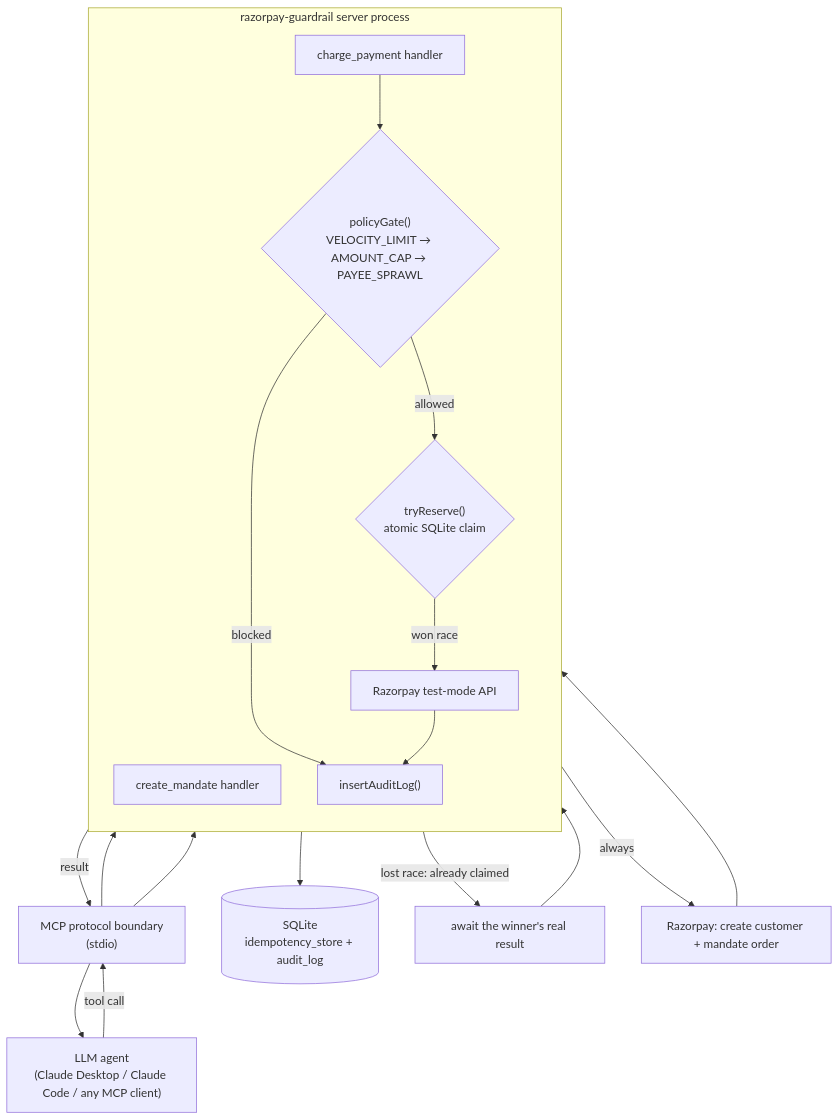
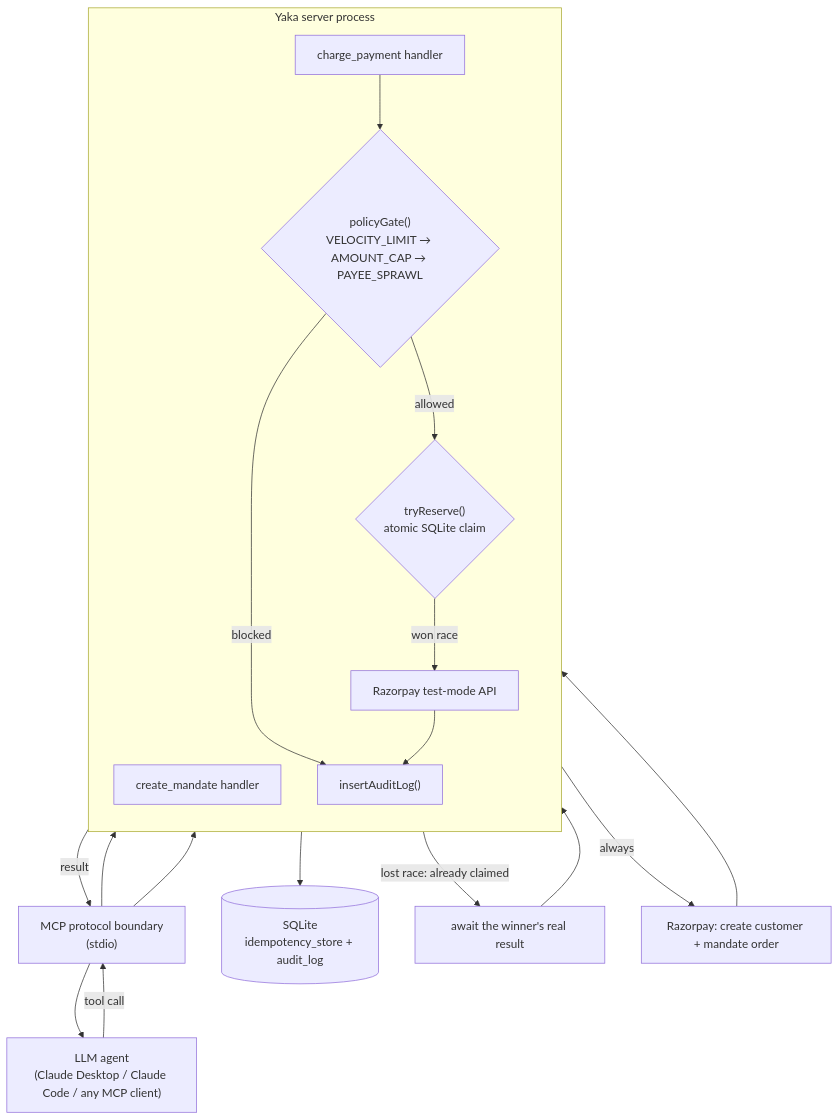
One commit to divijaiwanth/YAKA changed the diagram in DEV_DOCS.md. Above: the diagram before and after it, drawn with Mermaid. The commit also changed other lines of this file and 5 other files, not shown here.

````diff
--- a/DEV_DOCS.md
+++ b/DEV_DOCS.md
@@ -53,33 +53,33 @@
 ```mermaid
 flowchart TD
     Agent["LLM agent<br/>(Claude Desktop / Claude Code / any MCP client)"]
     MCP["MCP protocol boundary<br/>(stdio)"]
 
-    subgraph Server["razorpay-guardrail server process"]
+    subgraph Server["Yaka server process"]
         direction TB
         CM["create_mandate handler"]
         CP["charge_payment handler"]
         Gate{"policyGate()<br/>VELOCITY_LIMIT → AMOUNT_CAP → PAYEE_SPRAWL"}
         Idem{"tryReserve()<br/>atomic SQLite claim"}
         RZP["Razorpay test-mode API"]
         Log["insertAuditLog()"]
     end
 
     DB[("SQLite<br/>idempotency_store + audit_log")]
 
     Agent -->|"tool call"| MCP --> CM
     MCP --> CP
 
     CP --> Gate
     Gate -->|"blocked"| Log
     Gate -->|"allowed"| Idem
     Idem -->|"lost race: already claimed"| Wait["await the winner's real result"]
     Wait --> Log
     Idem -->|"won race"| RZP --> Log
 
     CM -->|"always"| RZP2["Razorpay: create customer + mandate order"]
     RZP2 --> Log
 
     Log --> DB
     Log -->|"result"| MCP --> Agent
 ```
````
